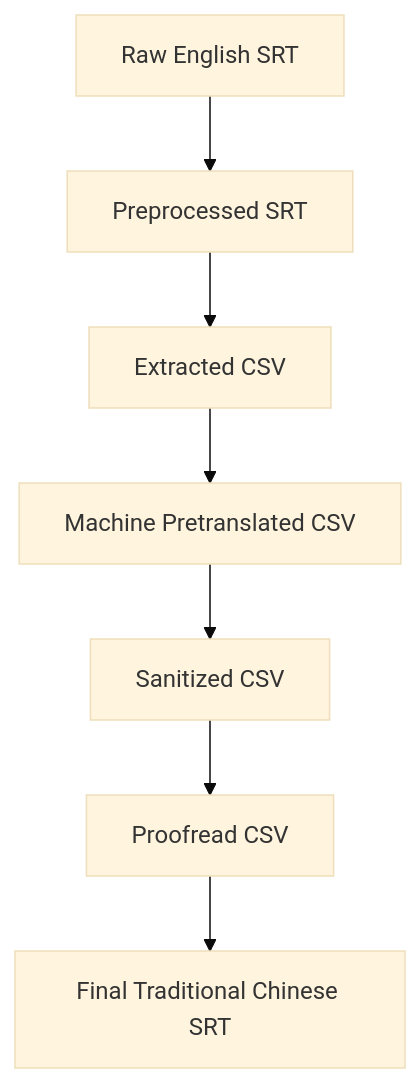
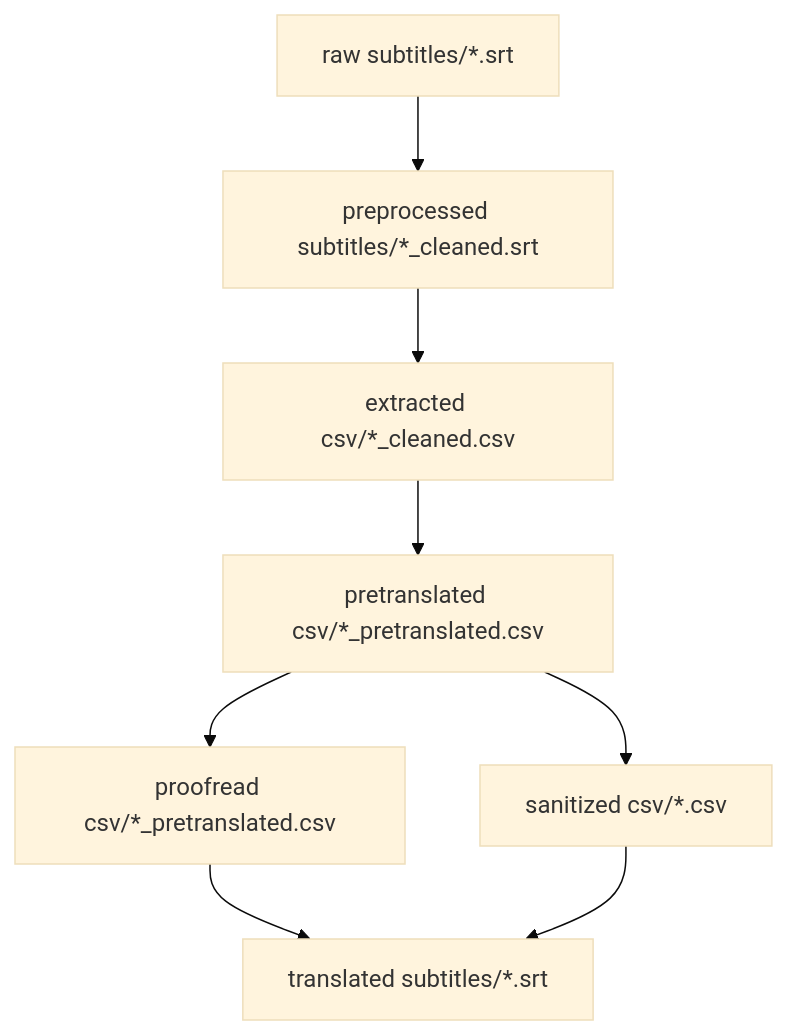
Before and after one commit to dklassic/DoubleFineAdventureZHTranslationProject: the diagram in readme.md, drawn with Mermaid (base theme). The commit also changed other lines of this file and 43 other files, not shown here.

````diff
--- a/readme.md
+++ b/readme.md
@@ -20,9 +41,10 @@
 ```mermaid
 graph TD;
-    RawSubtitles[Raw English SRT] --> PreprocessedSubtitles[Preprocessed SRT];
-    PreprocessedSubtitles --> ExtractedCSV[Extracted CSV];
-    ExtractedCSV --> PretranslatedCSV[Machine Pretranslated CSV];
-    PretranslatedCSV --> SanitizedCSV[Sanitized CSV];
-    SanitizedCSV --> ProofreadCSV[Proofread CSV];
-    ProofreadCSV --> TranslatedSubtitles[Final Traditional Chinese SRT];
+    RawSubtitles[raw subtitles/*.srt] --> PreprocessedSubtitles[preprocessed subtitles/*_cleaned.srt];
+    PreprocessedSubtitles --> ExtractedCSV[extracted csv/*_cleaned.csv];
+    ExtractedCSV --> PretranslatedCSV[pretranslated csv/*_pretranslated.csv];
+    PretranslatedCSV --> ProofreadCSV[proofread csv/*_pretranslated.csv];
+    PretranslatedCSV --> SanitizedCSV[sanitized csv/*.csv];
+    ProofreadCSV --> FinalSRT[translated subtitles/*.srt];
+    SanitizedCSV --> FinalSRT;
 ```
````
